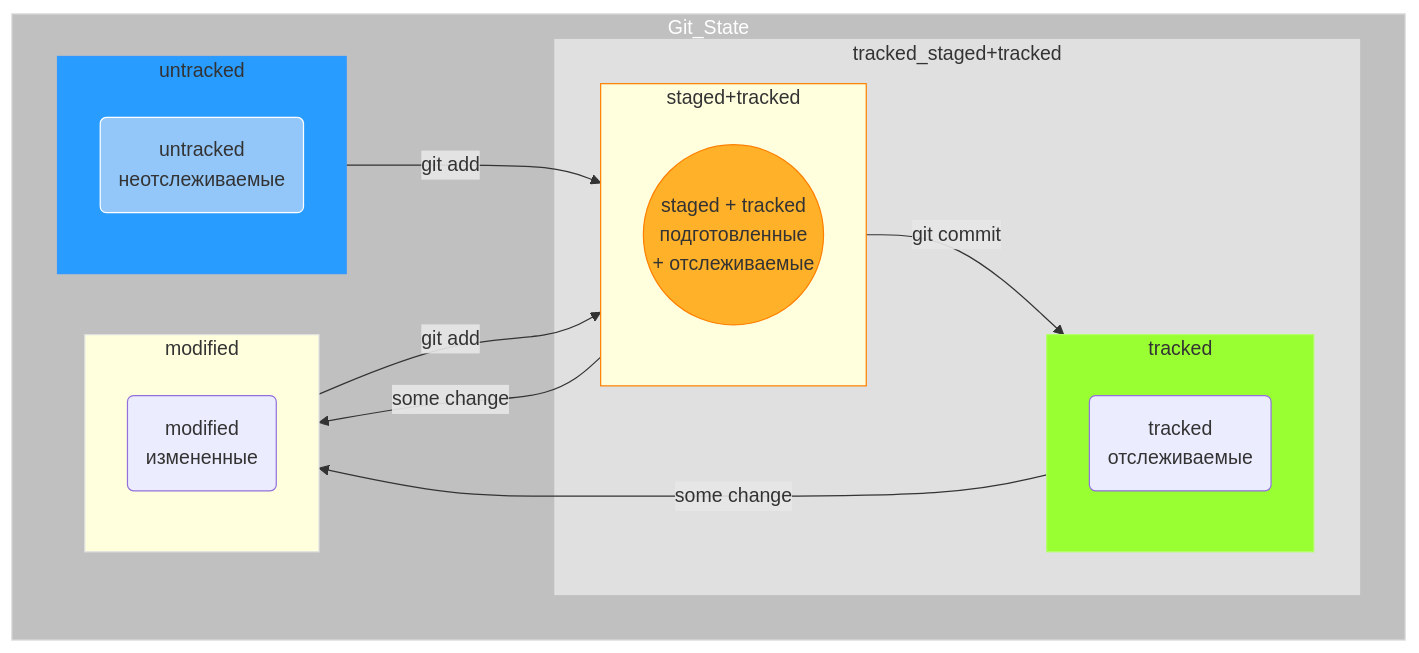
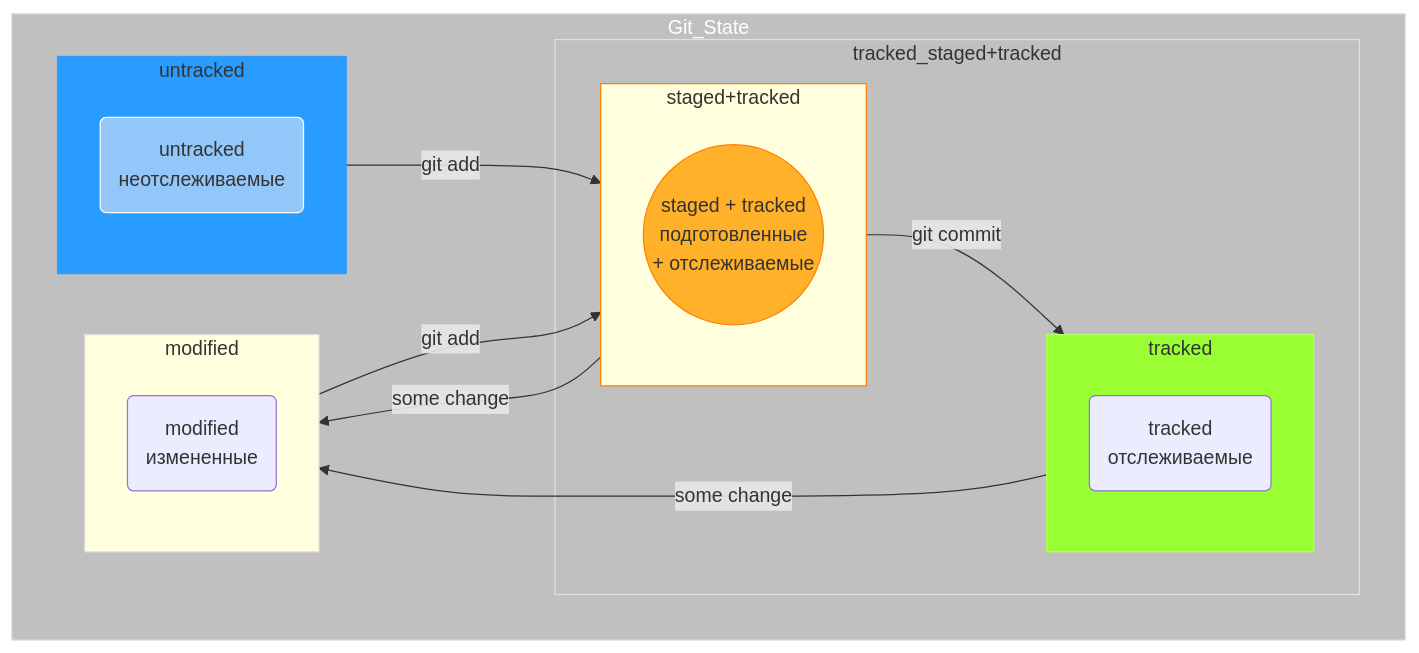
The diagram in README.md (AleksandrVakarin/GitInstructionMermaid), drawn with Mermaid before and after one commit.

Commit message:
Изменить границу, изменить цвет границ для диаграммы

````diff
--- a/README.md
+++ b/README.md
@@ -93,51 +93,51 @@
 ```mermaid
 flowchart TD;
 	
 	stgd((staged + tracked<br>подготовленные<br> + отслеживаемые))
 	mdf(modified<br>измененные)
 	untr(untracked<br>неотслеживаемые)
 	trcd(tracked<br>отслеживаемые)
 
 
 	subgraph Git_State
 
 		subgraph untracked
 			untr
 		end
 
 		subgraph tracked_staged+tracked
 
 			subgraph tracked
 				trcd
 			end
 
 			subgraph staged+tracked
 				stgd
 			end
 
 		end
 
 		untracked-- git add -->staged+tracked
 		modified-- git add -->staged+tracked
 		staged+tracked-- some change -->modified
 		staged+tracked-- git commit -->tracked
 		tracked-- some change -->modified
 
 		subgraph modified
 			mdf
 		end
 
 	end
 
 	style Git_State fill: #C0C0C0, stroke: #E0E0E0
 	style stgd fill: #FFB129, stroke: #FF8000
 	style untr fill: #93C7FA, stroke: #FFFFFF
 	style untracked fill: #299CFF, stroke: #3399FF
 	style tracked fill: #99FF33, stroke: #B2FF66
-	style tracked_staged+tracked stroke: #E0E0E0, fill: #E0E0E0
+	style tracked_staged+tracked stroke: #E0E0E0, fill: #C0C0C0
 	style staged+tracked stroke: #FF8000
 	style modified stroke: #E0E0E0
 
 	style Git_State color: #FFFFFF
 
 ```
````
